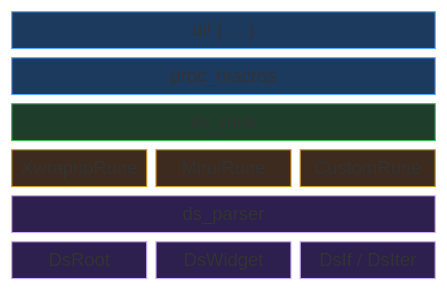
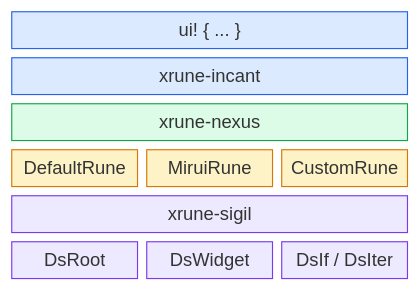
Before and after one commit to W-Mai/xrune: the diagram in README.md, drawn with Mermaid (forest theme). The commit also changed other lines of this file and 33 other files, not shown here.

Commit message:
🔖(rename): xwrapup → xrune (sigil/nexus/incant), SEO metadata, new README

````diff
--- a/README.md
+++ b/README.md
@@ -44,22 +49,22 @@
 ```mermaid
 block-beta
     columns 6
 
     A["ui! { ... }"]:6
-    B["proc_macros"]:6
-    C["ds_rune"]:6
-    D["XwrapupRune"]:2 E["MiruiRune"]:2 F["CustomRune"]:2
-    G["ds_parser"]:6
+    B["xrune-incant"]:6
+    C["xrune-nexus"]:6
+    D["DefaultRune"]:2 E["MiruiRune"]:2 F["CustomRune"]:2
+    G["xrune-sigil"]:6
     H["DsRoot"]:2 I["DsWidget"]:2 J["DsIf / DsIter"]:2
 
-    style A fill:#1c3a5e,stroke:#58a6ff,color:#79c0ff
-    style B fill:#1c3a5e,stroke:#58a6ff,color:#79c0ff
-    style C fill:#1f3d2b,stroke:#3fb950,color:#3fb950
-    style D fill:#3d2b1f,stroke:#d29922,color:#e3b341
-    style E fill:#3d2b1f,stroke:#d29922,color:#e3b341
-    style F fill:#3d2b1f,stroke:#d29922,color:#e3b341
-    style G fill:#2d1f4e,stroke:#d2a8ff,color:#d2a8ff
-    style H fill:#2d1f4e,stroke:#d2a8ff,color:#d2a8ff
-    style I fill:#2d1f4e,stroke:#d2a8ff,color:#d2a8ff
-    style J fill:#2d1f4e,stroke:#d2a8ff,color:#d2a8ff
+    style A fill:#dbeafe,stroke:#2563eb,color:#1e3a5f
+    style B fill:#dbeafe,stroke:#2563eb,color:#1e3a5f
+    style C fill:#dcfce7,stroke:#16a34a,color:#14532d
+    style D fill:#fef3c7,stroke:#d97706,color:#78350f
+    style E fill:#fef3c7,stroke:#d97706,color:#78350f
+    style F fill:#fef3c7,stroke:#d97706,color:#78350f
+    style G fill:#ede9fe,stroke:#7c3aed,color:#3b0764
+    style H fill:#ede9fe,stroke:#7c3aed,color:#3b0764
+    style I fill:#ede9fe,stroke:#7c3aed,color:#3b0764
+    style J fill:#ede9fe,stroke:#7c3aed,color:#3b0764
 ```
````
